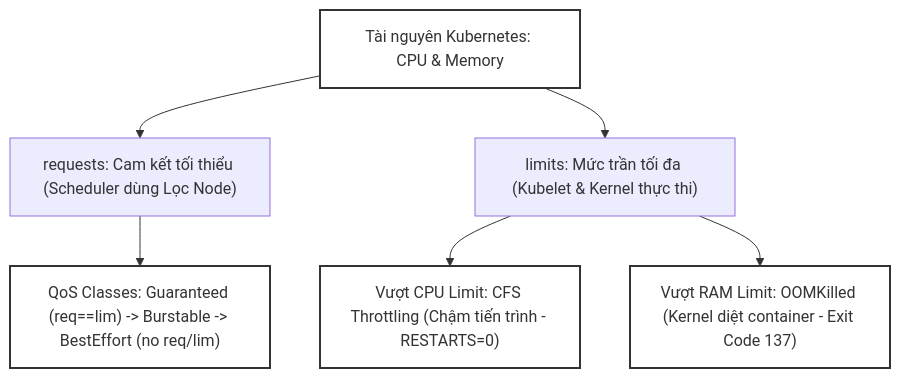
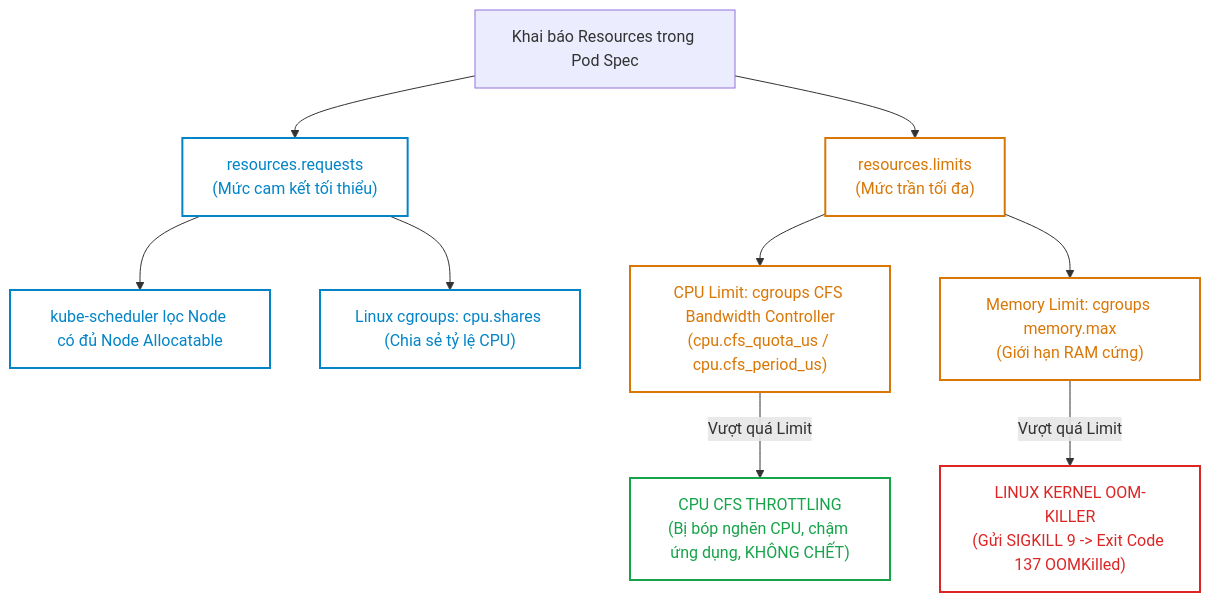
The first of 3 diagrams in _posts/2026-09-12-cka-18-18-tai-nguyen-qos-va-throttling.md (kiennt308/ntk), drawn with Mermaid before and after one commit. The commit also changed other lines of this file and 39 other files, not shown here.

````diff
--- a/_posts/2026-09-12-cka-18-18-tai-nguyen-qos-va-throttling.md
+++ b/_posts/2026-09-12-cka-18-18-tai-nguyen-qos-va-throttling.md
@@ -386,14 +47,19 @@
 ```mermaid
-graph TD
-    A["Tài nguyên Kubernetes: CPU & Memory"] --> B["requests: Cam kết tối thiểu (Scheduler dùng Lọc Node)"]
-    A --> C["limits: Mức trần tối đa (Kubelet & Kernel thực thi)"]
-    
-    B --> D["QoS Classes: Guaranteed (req==lim) -> Burstable -> BestEffort (no req/lim)"]
-    C --> E["Vượt CPU Limit: CFS Throttling (Chậm tiến trình - RESTARTS=0)"]
-    C --> F["Vượt RAM Limit: OOMKilled (Kernel diệt container - Exit Code 137)"]
+flowchart TD
+    classDef req fill:none,stroke:#0284c7,stroke-width:2px,color:#0284c7;
+    classDef lim fill:none,stroke:#d97706,stroke-width:2px,color:#d97706;
+    classDef act fill:none,stroke:#16a34a,stroke-width:2px,color:#16a34a;
+    classDef kill fill:none,stroke:#dc2626,stroke-width:2px,color:#dc2626;
 
-    style A fill:none,stroke:#333,stroke-width:2px
-    style D fill:none,stroke:#333,stroke-width:2px
-    style E fill:none,stroke:#333,stroke-width:2px
-    style F fill:none,stroke:#333,stroke-width:2px
+    K8sResource["Khai báo Resources trong Pod Spec"] --> ReqBlock["resources.requests<br>(Mức cam kết tối thiểu)"]:::req
+    K8sResource --> LimBlock["resources.limits<br>(Mức trần tối đa)"]:::lim
+
+    ReqBlock --> Sched["kube-scheduler lọc Node có đủ Node Allocatable"]:::req
+    ReqBlock --> CPUShare["Linux cgroups: cpu.shares (Chia sẻ tỷ lệ CPU)"]:::req
+
+    LimBlock --> CPULim["CPU Limit: cgroups CFS Bandwidth Controller<br>(cpu.cfs_quota_us / cpu.cfs_period_us)"]:::lim
+    LimBlock --> MemLim["Memory Limit: cgroups memory.max<br>(Giới hạn RAM cứng)"]:::lim
+
+    CPULim -- "Vượt quá Limit" --> CFSThrottling["CPU CFS THROTTLING<br>(Bị bóp nghẽn CPU, chậm ứng dụng, KHÔNG CHẾT)"]:::act
+    MemLim -- "Vượt quá Limit" --> KernelOOM["LINUX KERNEL OOM-KILLER<br>(Gửi SIGKILL 9 -> Exit Code 137 OOMKilled)"]:::kill
 ```
````
